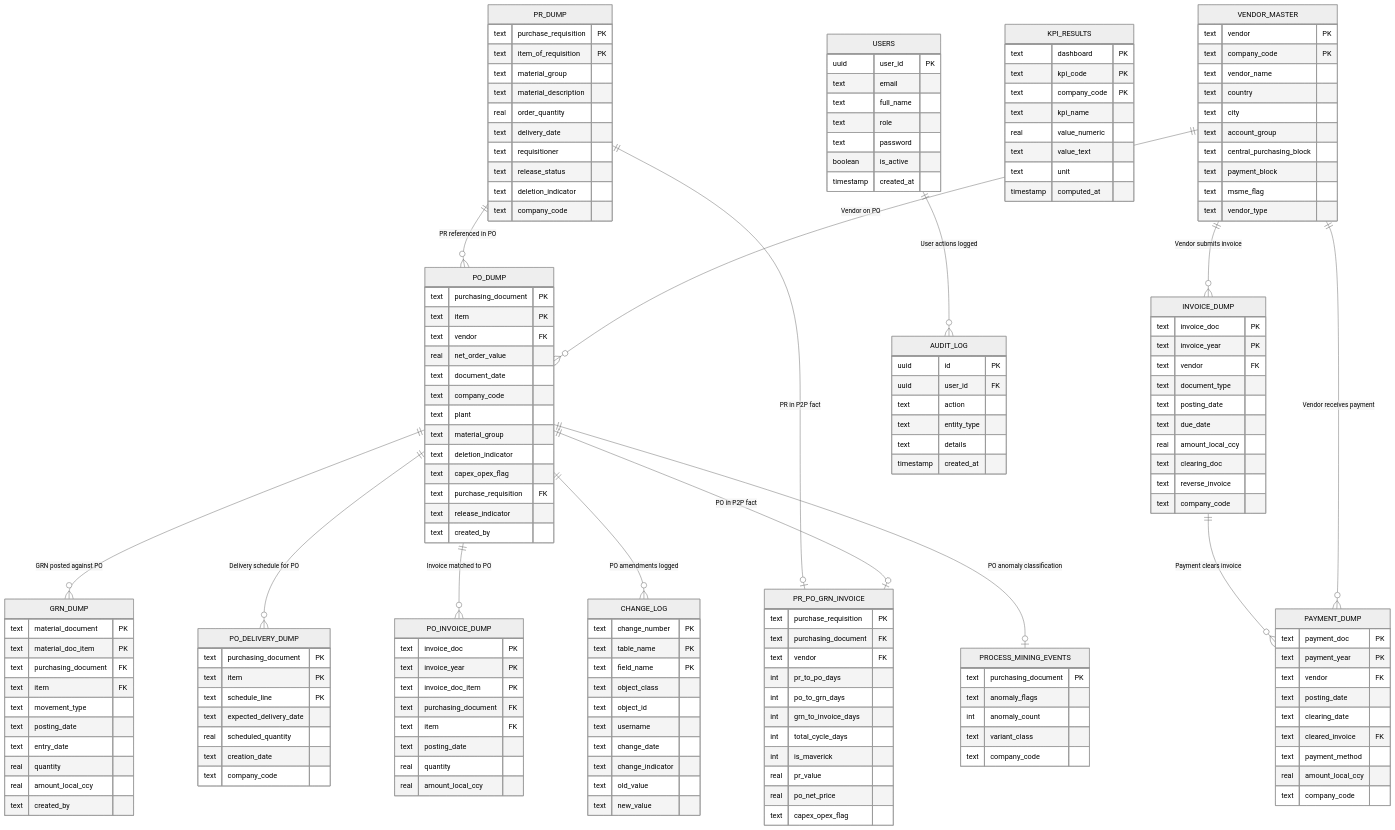
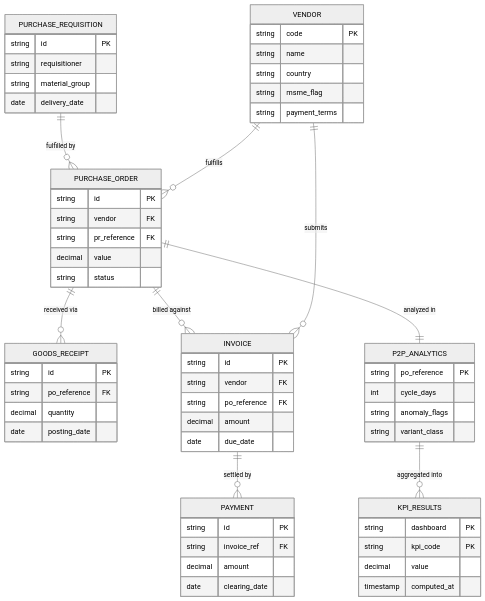
One commit to satyam-raj404/kpmg-intelliflow changed the diagram in ARB/D03_InfoArch_ConceptualDataModel.mmd. Above: the diagram before and after it, drawn with Mermaid (neutral theme). The commit also changed 28 other files, not shown here.

First line of the commit message:
feat: add vendor CRUD, rework all 11 ARB diagrams, add demo video guide

```diff
--- a/ARB/D03_InfoArch_ConceptualDataModel.mmd
+++ b/ARB/D03_InfoArch_ConceptualDataModel.mmd
@@ -1,180 +1,61 @@
 erDiagram
-    PR_DUMP {
-        text purchase_requisition PK
-        text item_of_requisition PK
-        text material_group
-        text material_description
-        real order_quantity
-        text delivery_date
-        text requisitioner
-        text release_status
-        text deletion_indicator
-        text company_code
+    PURCHASE_REQUISITION {
+        string id PK
+        string requisitioner
+        string material_group
+        date   delivery_date
     }
-
-    PO_DUMP {
-        text purchasing_document PK
-        text item PK
-        text vendor FK
-        real net_order_value
-        text document_date
-        text company_code
-        text plant
-        text material_group
-        text deletion_indicator
-        text capex_opex_flag
-        text purchase_requisition FK
-        text release_indicator
-        text created_by
+    PURCHASE_ORDER {
+        string id PK
+        string vendor FK
+        string pr_reference FK
+        decimal value
+        string status
     }
-
-    GRN_DUMP {
-        text material_document PK
-        text material_doc_item PK
-        text purchasing_document FK
-        text item FK
-        text movement_type
-        text posting_date
-        text entry_date
-        real quantity
-        real amount_local_ccy
-        text created_by
+    GOODS_RECEIPT {
+        string id PK
+        string po_reference FK
+        decimal quantity
+        date   posting_date
     }
-
-    PO_DELIVERY_DUMP {
-        text purchasing_document PK
-        text item PK
-        text schedule_line PK
-        text expected_delivery_date
-        real scheduled_quantity
-        text creation_date
-        text company_code
+    INVOICE {
+        string id PK
+        string vendor FK
+        string po_reference FK
+        decimal amount
+        date   due_date
     }
-
-    PO_INVOICE_DUMP {
-        text invoice_doc PK
-        text invoice_year PK
-        text invoice_doc_item PK
-        text purchasing_document FK
-        text item FK
-        text posting_date
-        real quantity
-        real amount_local_ccy
+    PAYMENT {
+        string id PK
+        string invoice_ref FK
+        decimal amount
+        date   clearing_date
     }
-
-    INVOICE_DUMP {
-        text invoice_doc PK
-        text invoice_year PK
-        text vendor FK
-        text document_type
-        text posting_date
-        text due_date
-        real amount_local_ccy
-        text clearing_doc
-        text reverse_invoice
-        text company_code
+    VENDOR {
+        string code PK
+        string name
+        string country
+        string msme_flag
+        string payment_terms
     }
-
-    PAYMENT_DUMP {
-        text payment_doc PK
-        text payment_year PK
-        text vendor FK
-        text posting_date
-        text clearing_date
-        text cleared_invoice FK
-        text payment_method
-        real amount_local_ccy
-        text company_code
+    P2P_ANALYTICS {
+        string po_reference PK
+        int    cycle_days
+        string anomaly_flags
+        string variant_class
     }
-
-    VENDOR_MASTER {
-        text vendor PK
-        text company_code PK
-        text vendor_name
-        text country
-        text city
-        text account_group
-        text central_purchasing_block
-        text payment_block
-        text msme_flag
-        text vendor_type
-    }
-
-    CHANGE_LOG {
-        text change_number PK
-        text table_name PK
-        text field_name PK
-        text object_class
-        text object_id
-        text username
-        text change_date
-        text change_indicator
-        text old_value
-        text new_value
-    }
-
-    PR_PO_GRN_INVOICE {
-        text purchase_requisition PK
-        text purchasing_document FK
-        text vendor FK
-        int pr_to_po_days
-        int po_to_grn_days
-        int grn_to_invoice_days
-        int total_cycle_days
-        int is_maverick
-        real pr_value
-        real po_net_price
-        text capex_opex_flag
-    }
-
     KPI_RESULTS {
-        text dashboard PK
-        text kpi_code PK
-        text company_code PK
-        text kpi_name
-        real value_numeric
-        text value_text
-        text unit
+        string dashboard PK
+        string kpi_code   PK
+        decimal value
         timestamp computed_at
     }
 
-    PROCESS_MINING_EVENTS {
-        text purchasing_document PK
-        text anomaly_flags
-        int anomaly_count
-        text variant_class
-        text company_code
-    }
-
-    USERS {
-        uuid user_id PK
-        text email
-        text full_name
-        text role
-        text password
-        boolean is_active
-        timestamp created_at
-    }
-
-    AUDIT_LOG {
-        uuid id PK
-        uuid user_id FK
-        text action
-        text entity_type
-        text details
-        timestamp created_at
-    }
-
-    PR_DUMP        ||--o{ PO_DUMP               : "PR referenced in PO"
-    PO_DUMP        ||--o{ GRN_DUMP              : "GRN posted against PO"
-    PO_DUMP        ||--o{ PO_DELIVERY_DUMP      : "Delivery schedule for PO"
-    PO_DUMP        ||--o{ PO_INVOICE_DUMP       : "Invoice matched to PO"
-    INVOICE_DUMP   ||--o{ PAYMENT_DUMP          : "Payment clears invoice"
-    VENDOR_MASTER  ||--o{ PO_DUMP               : "Vendor on PO"
-    VENDOR_MASTER  ||--o{ INVOICE_DUMP          : "Vendor submits invoice"
-    VENDOR_MASTER  ||--o{ PAYMENT_DUMP          : "Vendor receives payment"
-    PO_DUMP        ||--o{ CHANGE_LOG            : "PO amendments logged"
-    PR_DUMP        ||--o| PR_PO_GRN_INVOICE     : "PR in P2P fact"
-    PO_DUMP        ||--o| PR_PO_GRN_INVOICE     : "PO in P2P fact"
-    PO_DUMP        ||--o| PROCESS_MINING_EVENTS : "PO anomaly classification"
-    USERS          ||--o{ AUDIT_LOG             : "User actions logged"
+    PURCHASE_REQUISITION ||--o{ PURCHASE_ORDER    : "fulfilled by"
+    PURCHASE_ORDER       ||--o{ GOODS_RECEIPT      : "received via"
+    PURCHASE_ORDER       ||--o{ INVOICE            : "billed against"
+    INVOICE              ||--o{ PAYMENT            : "settled by"
+    VENDOR               ||--o{ PURCHASE_ORDER     : "fulfills"
+    VENDOR               ||--o{ INVOICE            : "submits"
+    PURCHASE_ORDER       ||--|| P2P_ANALYTICS      : "analyzed in"
+    P2P_ANALYTICS        ||--o{ KPI_RESULTS        : "aggregated into"
```
